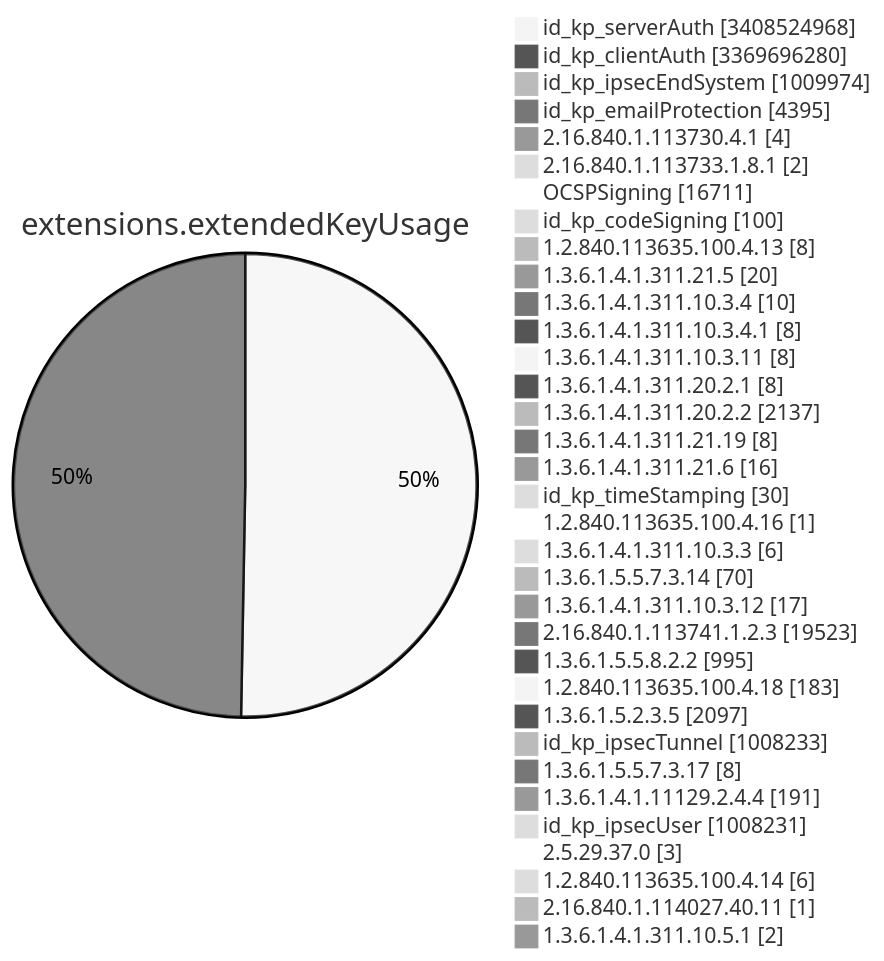
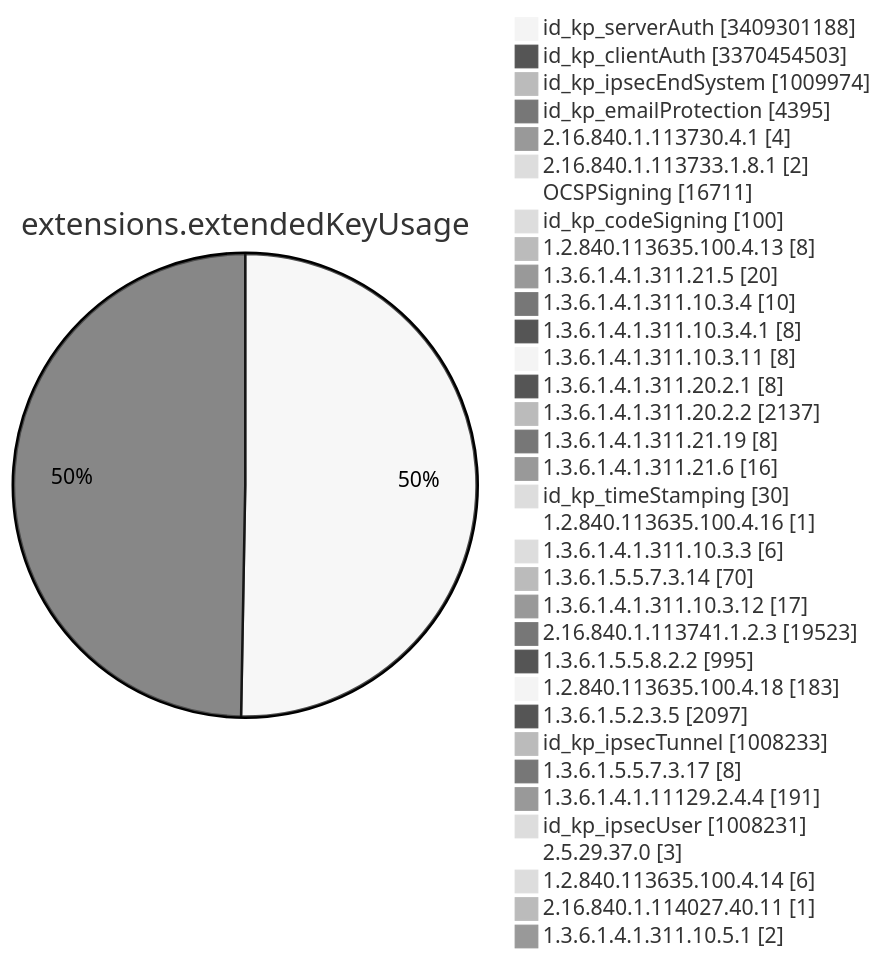
Before and after one commit to christiankrug/ctmonitor_visualization: diagram 11 of 15 in TOTAL/README.md, drawn with Mermaid (neutral theme). The commit also changed other lines of this file, not shown here.

````diff
--- a/TOTAL/README.md
+++ b/TOTAL/README.md
@@ -4121,38 +4121,38 @@
 ```mermaid
 pie showData
 title extensions.extendedKeyUsage
-"id_kp_serverAuth" :3408524968
-"id_kp_clientAuth" :3369696280
+"id_kp_serverAuth" :3409301188
+"id_kp_clientAuth" :3370454503
 "id_kp_ipsecEndSystem" :1009974
 "id_kp_emailProtection" :4395
 "2.16.840.1.113730.4.1" :4
 "2.16.840.1.113733.1.8.1" :2
 "OCSPSigning" :16711
 "id_kp_codeSigning" :100
 "1.2.840.113635.100.4.13" :8
 "1.3.6.1.4.1.311.21.5" :20
 "1.3.6.1.4.1.311.10.3.4" :10
 "1.3.6.1.4.1.311.10.3.4.1" :8
 "1.3.6.1.4.1.311.10.3.11" :8
 "1.3.6.1.4.1.311.20.2.1" :8
 "1.3.6.1.4.1.311.20.2.2" :2137
 "1.3.6.1.4.1.311.21.19" :8
 "1.3.6.1.4.1.311.21.6" :16
 "id_kp_timeStamping" :30
 "1.2.840.113635.100.4.16" :1
 "1.3.6.1.4.1.311.10.3.3" :6
 "1.3.6.1.5.5.7.3.14" :70
 "1.3.6.1.4.1.311.10.3.12" :17
 "2.16.840.1.113741.1.2.3" :19523
 "1.3.6.1.5.5.8.2.2" :995
 "1.2.840.113635.100.4.18" :183
 "1.3.6.1.5.2.3.5" :2097
 "id_kp_ipsecTunnel" :1008233
 "1.3.6.1.5.5.7.3.17" :8
 "1.3.6.1.4.1.11129.2.4.4" :191
 "id_kp_ipsecUser" :1008231
 "2.5.29.37.0" :3
 "1.2.840.113635.100.4.14" :6
 "2.16.840.1.114027.40.11" :1
 "1.3.6.1.4.1.311.10.5.1" :2
 ```
````
